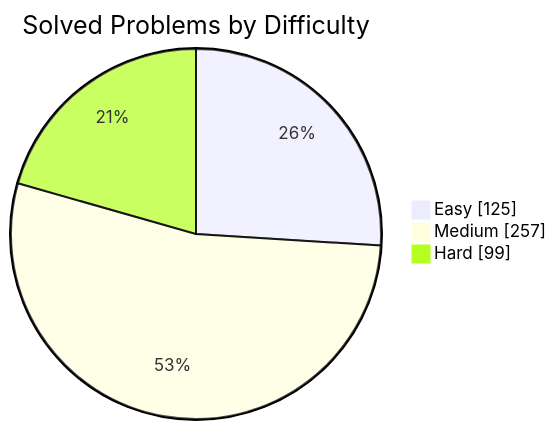
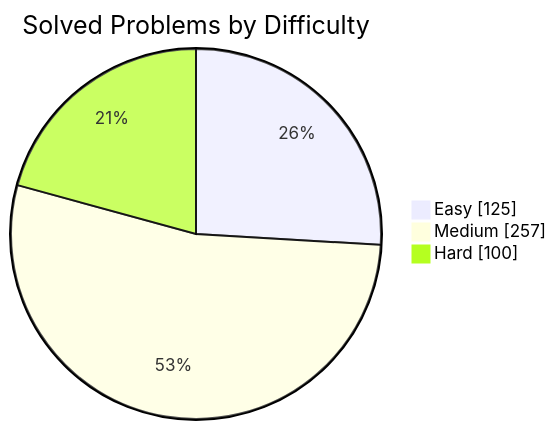
One commit to manikantbindass/DSA-Preparation-FAANG changed the first of 2 diagrams in README.md. Above: the diagram before and after it, drawn with Mermaid. The commit also changed other lines of this file and 1 other file, not shown here.

````diff
--- a/README.md
+++ b/README.md
@@ -77,7 +77,7 @@
 ```mermaid
 pie showData
     title Solved Problems by Difficulty
     "Easy" : 125
     "Medium" : 257
-    "Hard" : 99
+    "Hard" : 100
 ```
````
